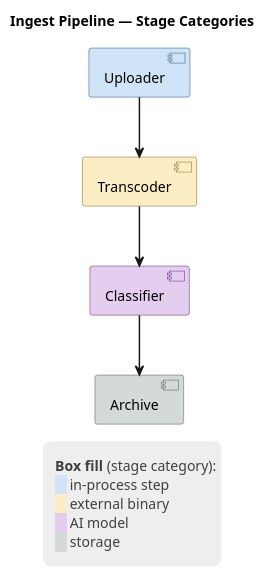
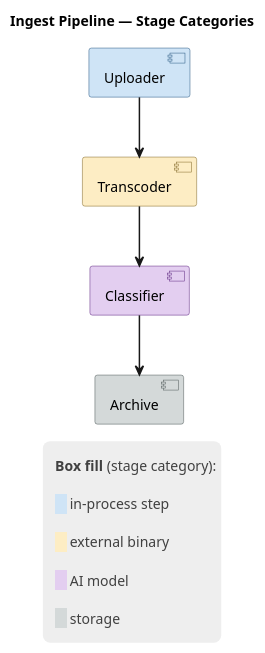
The second of 2 diagrams in plugins/plantuml/skills/plantuml-diagram-guide/references/styling.md (artem-from-ua/claude-plugins), drawn with PlantUML before and after one commit. The commit also changed other lines of this file and 3 other files, not shown here.

First line of the commit message:
feat(plantuml): widen the gap between legend lines

````diff
--- a/plugins/plantuml/skills/plantuml-diagram-guide/references/styling.md
+++ b/plugins/plantuml/skills/plantuml-diagram-guide/references/styling.md
@@ -106,28 +108,32 @@
 ```plantuml
 @startuml
 title Ingest Pipeline — Stage Categories
 skinparam ArrowThickness 1.5
 skinparam legendBackgroundColor #EEEEEE
 skinparam legendBorderColor transparent
 skinparam LegendFontColor #404040
 
 [Uploader] as up #CFE4F6;line:25557E
 [Transcoder] as tr #FDEDC4;line:7E6525
 [Classifier] as cl #E3CEF0;line:5C257E
 [Archive] as ar #D4D9D9;line:4D5656
 
 up --> tr
 tr --> cl
 cl --> ar
 
 legend right
   <size:6> </size>
     **Box fill** (stage category):
+    <size:5> </size>
     <back:#CFE4F6>   </back> in-process step
+    <size:5> </size>
     <back:#FDEDC4>   </back> external binary
+    <size:5> </size>
     <back:#E3CEF0>   </back> AI model
+    <size:5> </size>
     <back:#D4D9D9>   </back> storage
   <size:6> </size>
 end legend
 @enduml
 ```
````
